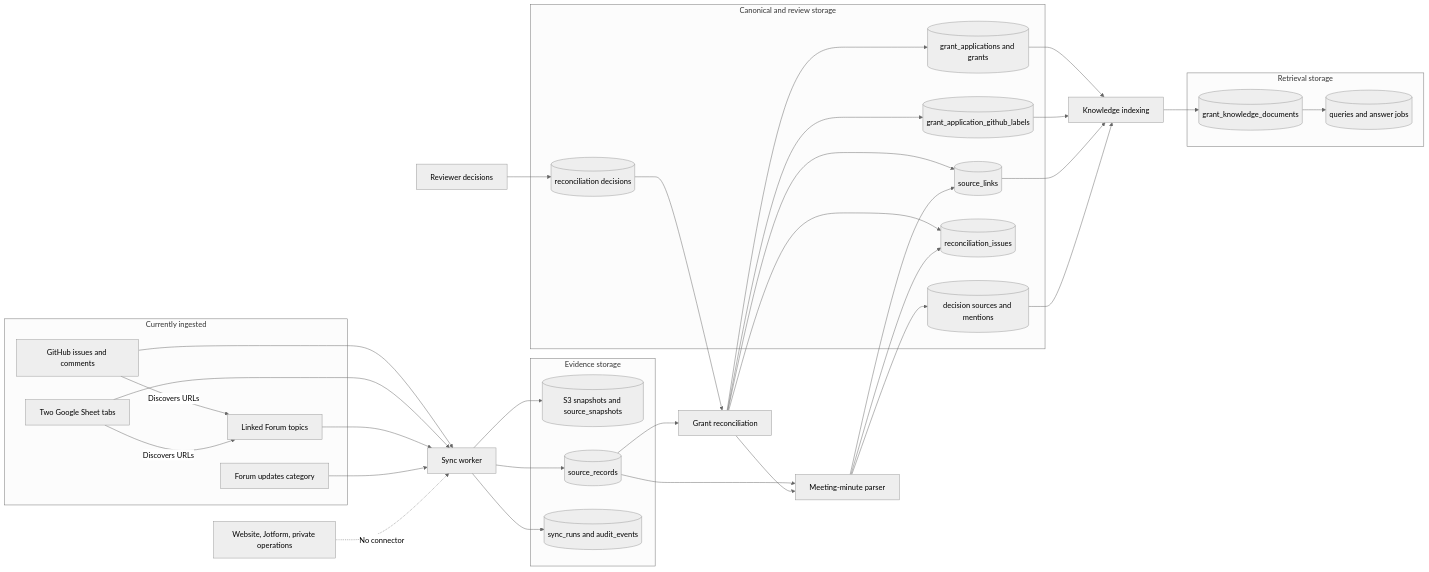
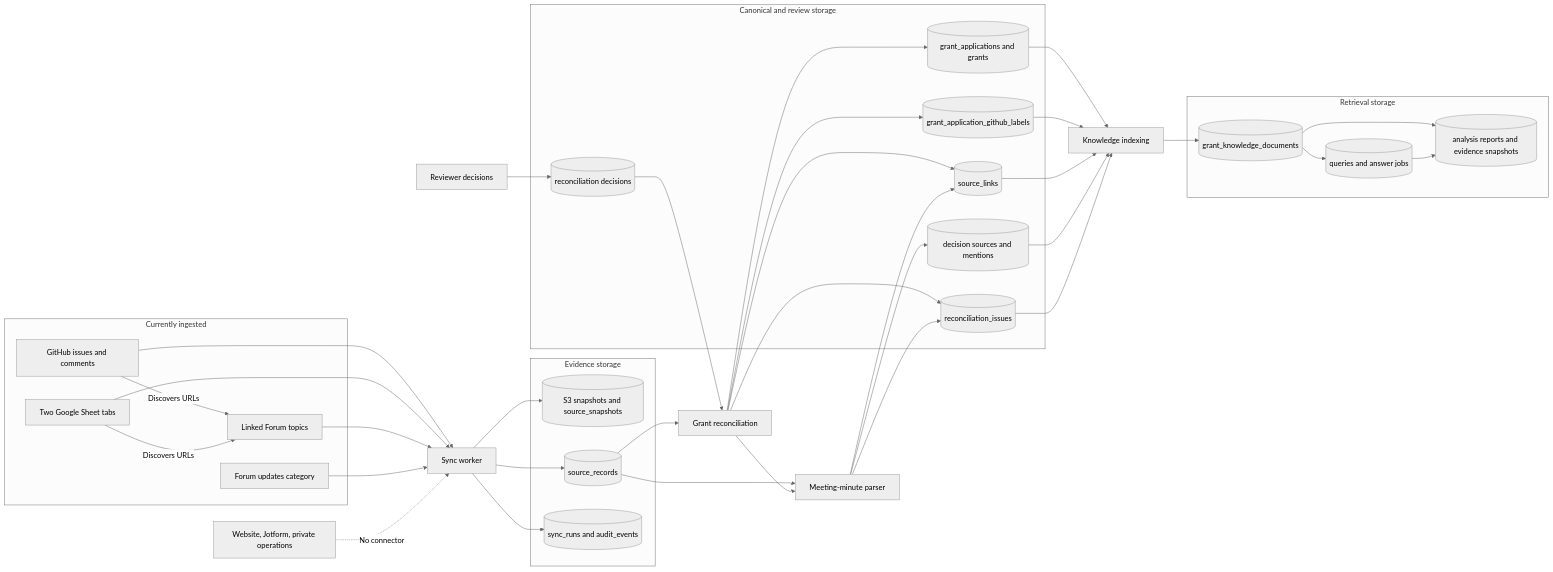
One commit to paulbrigner/ZCG changed the diagram in README.md. Above: the diagram before and after it, drawn with Mermaid (neutral theme). The commit also changed other lines of this file and 20 other files, not shown here.

````diff
--- a/README.md
+++ b/README.md
@@ -90,68 +91,72 @@
 ```mermaid
 flowchart LR
     subgraph currentSources ["Currently ingested"]
         github["GitHub issues and comments"]
         sheet["Two Google Sheet tabs"]
         linkedForum["Linked Forum topics"]
         forumUpdates["Forum updates category"]
     end
 
     notConnected["Website, Jotform, private operations"]
     syncWorker["Sync worker"]
     reconcile["Grant reconciliation"]
     minuteParser["Meeting-minute parser"]
     knowledgeIndex["Knowledge indexing"]
     reviewer["Reviewer decisions"]
 
     subgraph evidenceStore ["Evidence storage"]
         snapshots[("S3 snapshots and source_snapshots")]
         sourceRecords[("source_records")]
         runRecords[("sync_runs and audit_events")]
     end
 
     subgraph canonicalStore ["Canonical and review storage"]
         applications[("grant_applications and grants")]
         applicationLabels[("grant_application_github_labels")]
         sourceLinks[("source_links")]
         reconciliationIssues[("reconciliation_issues")]
         manualDecisions[("reconciliation decisions")]
         decisionHistory[("decision sources and mentions")]
     end
 
     subgraph retrievalStore ["Retrieval storage"]
         knowledgeDocs[("grant_knowledge_documents")]
         knowledgeActivity[("queries and answer jobs")]
+        analysisReports[("analysis reports and evidence snapshots")]
     end
 
     github --> syncWorker
     sheet --> syncWorker
     github -->|"Discovers URLs"| linkedForum
     sheet -->|"Discovers URLs"| linkedForum
     linkedForum --> syncWorker
     forumUpdates --> syncWorker
     notConnected -.->|"No connector"| syncWorker
 
     syncWorker --> snapshots
     syncWorker --> sourceRecords
     syncWorker --> runRecords
 
     sourceRecords --> reconcile
     sourceRecords --> minuteParser
     reviewer --> manualDecisions
     manualDecisions --> reconcile
     reconcile --> applications
     reconcile --> applicationLabels
     reconcile --> sourceLinks
     reconcile --> reconciliationIssues
     reconcile --> minuteParser
     minuteParser --> decisionHistory
     minuteParser --> sourceLinks
     minuteParser --> reconciliationIssues
 
     applications --> knowledgeIndex
     applicationLabels --> knowledgeIndex
     sourceLinks --> knowledgeIndex
     decisionHistory --> knowledgeIndex
+    reconciliationIssues --> knowledgeIndex
     knowledgeIndex --> knowledgeDocs
     knowledgeDocs --> knowledgeActivity
+    knowledgeDocs --> analysisReports
+    knowledgeActivity --> analysisReports
 ```
````
